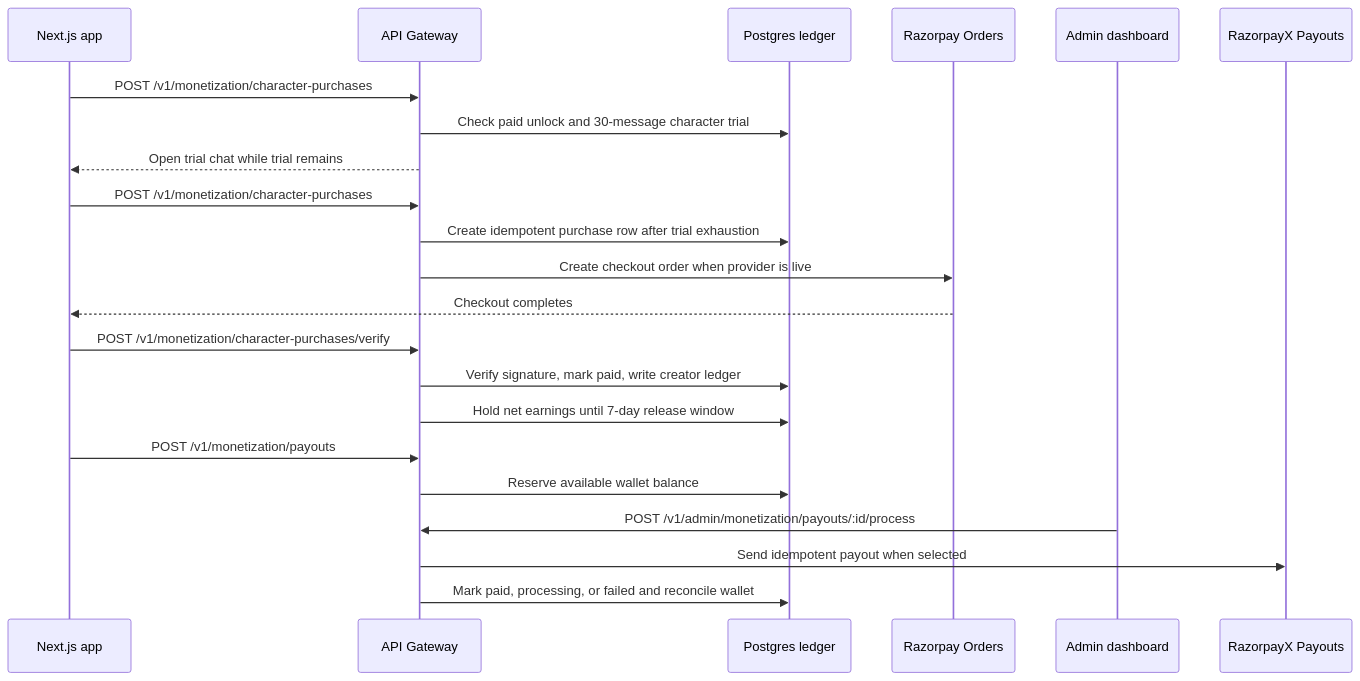
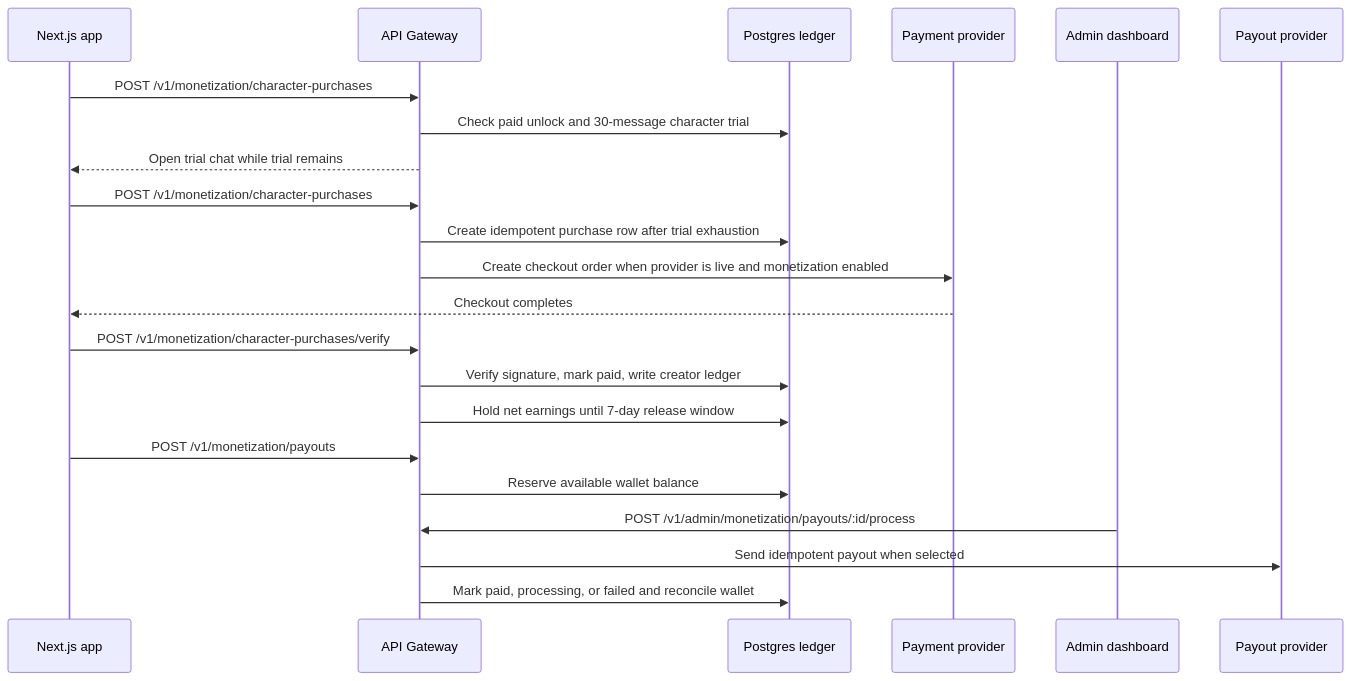
Before and after one commit to Afnanksalal/hana-chat: the third of 4 diagrams in docs/architecture.md, drawn with Mermaid. The commit also changed other lines of this file and 82 other files, not shown here.

````diff
--- a/docs/architecture.md
+++ b/docs/architecture.md
@@ -70,25 +70,25 @@
 ```mermaid
 sequenceDiagram
   participant Web as Next.js app
   participant API as API Gateway
   participant DB as Postgres ledger
-  participant Razorpay as Razorpay Orders
+  participant Payments as Payment provider
   participant Admin as Admin dashboard
-  participant RazorpayX as RazorpayX Payouts
+  participant Payouts as Payout provider
 
   Web->>API: POST /v1/monetization/character-purchases
   API->>DB: Check paid unlock and 30-message character trial
   API-->>Web: Open trial chat while trial remains
   Web->>API: POST /v1/monetization/character-purchases
   API->>DB: Create idempotent purchase row after trial exhaustion
-  API->>Razorpay: Create checkout order when provider is live
-  Razorpay-->>Web: Checkout completes
+  API->>Payments: Create checkout order when provider is live and monetization enabled
+  Payments-->>Web: Checkout completes
   Web->>API: POST /v1/monetization/character-purchases/verify
   API->>DB: Verify signature, mark paid, write creator ledger
   API->>DB: Hold net earnings until 7-day release window
   Web->>API: POST /v1/monetization/payouts
   API->>DB: Reserve available wallet balance
   Admin->>API: POST /v1/admin/monetization/payouts/:id/process
-  API->>RazorpayX: Send idempotent payout when selected
+  API->>Payouts: Send idempotent payout when selected
   API->>DB: Mark paid, processing, or failed and reconcile wallet
 ```
````
